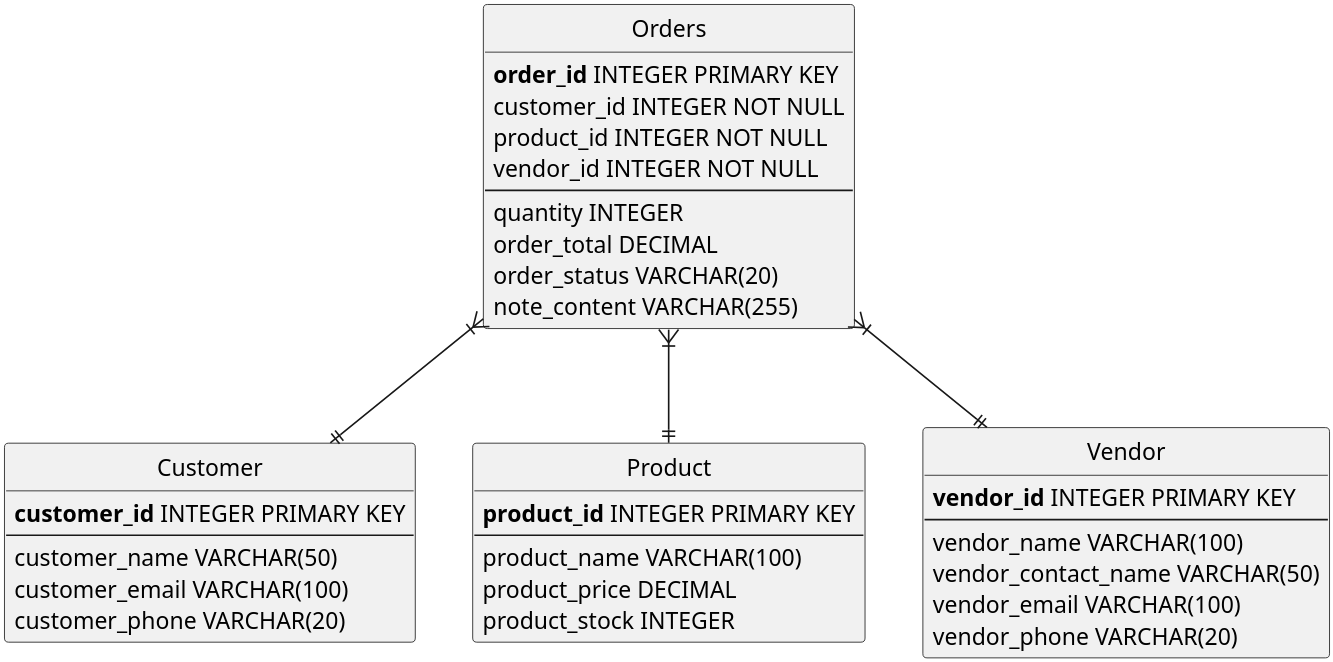
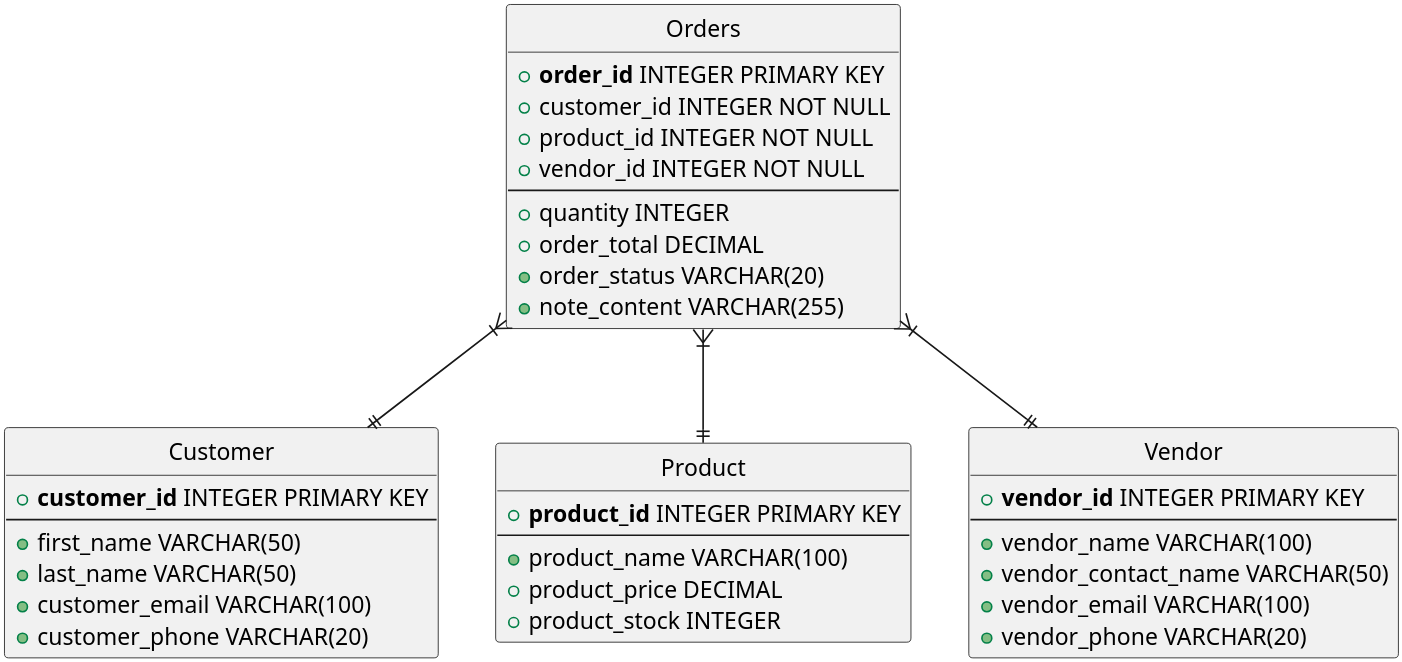
The diagram in c3123/project/2nf.pu (Alomory/educational), drawn with PlantUML before and after one commit. The commit also changed 5 other files, not shown here.

```diff
--- a/c3123/project/2nf.pu
+++ b/c3123/project/2nf.pu
@@ -1,48 +1,49 @@
 @startuml
 
 scale 5
 
 hide circle
 
 entity Orders {
-    **order_id** INTEGER PRIMARY KEY
-    customer_id INTEGER NOT NULL
-    product_id INTEGER NOT NULL
-    vendor_id INTEGER NOT NULL
+    +**order_id** INTEGER PRIMARY KEY
+    +customer_id INTEGER NOT NULL
+    +product_id INTEGER NOT NULL
+    +vendor_id INTEGER NOT NULL
     ---
-    quantity INTEGER
-    order_total DECIMAL
-    order_status VARCHAR(20)
-    note_content VARCHAR(255)
+    +quantity INTEGER
+    +order_total DECIMAL
+    +order_status VARCHAR(20)
+    +note_content VARCHAR(255)
 }
 
 entity Customer {
-    **customer_id** INTEGER PRIMARY KEY
+    +**customer_id** INTEGER PRIMARY KEY
     ---
-    customer_name VARCHAR(50)
-    customer_email VARCHAR(100)
-    customer_phone VARCHAR(20)
+    +first_name VARCHAR(50)
+    +last_name VARCHAR(50)
+    +customer_email VARCHAR(100)
+    +customer_phone VARCHAR(20)
 }
 
 entity Product {
-    **product_id** INTEGER PRIMARY KEY
+    +**product_id** INTEGER PRIMARY KEY
     ---
-    product_name VARCHAR(100)
-    product_price DECIMAL
-    product_stock INTEGER
+    +product_name VARCHAR(100)
+    +product_price DECIMAL
+    +product_stock INTEGER
 }
 
 entity Vendor {
-    **vendor_id** INTEGER PRIMARY KEY
+    +**vendor_id** INTEGER PRIMARY KEY
     ---
-    vendor_name VARCHAR(100)
-    vendor_contact_name VARCHAR(50)
-    vendor_email VARCHAR(100)
-    vendor_phone VARCHAR(20)
+    +vendor_name VARCHAR(100)
+    +vendor_contact_name VARCHAR(50)
+    +vendor_email VARCHAR(100)
+    +vendor_phone VARCHAR(20)
 }
 
 Orders }|--|| Customer
 Orders }|--|| Product
 Orders }|--|| Vendor
 
 @enduml
```
